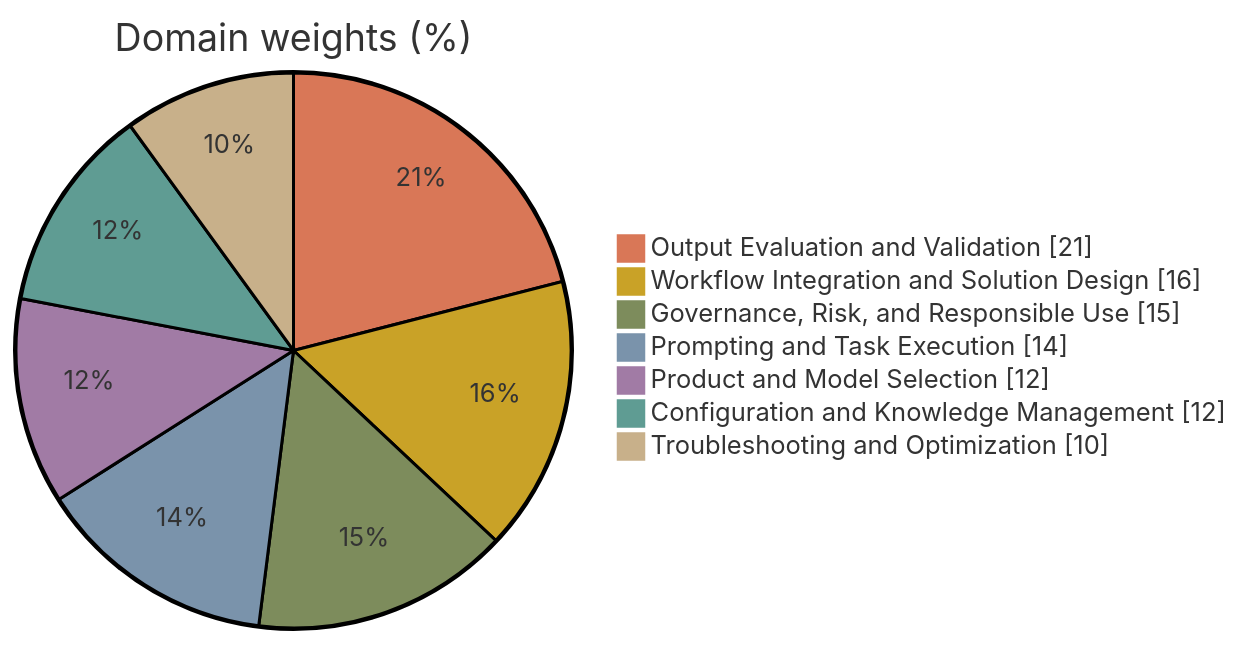
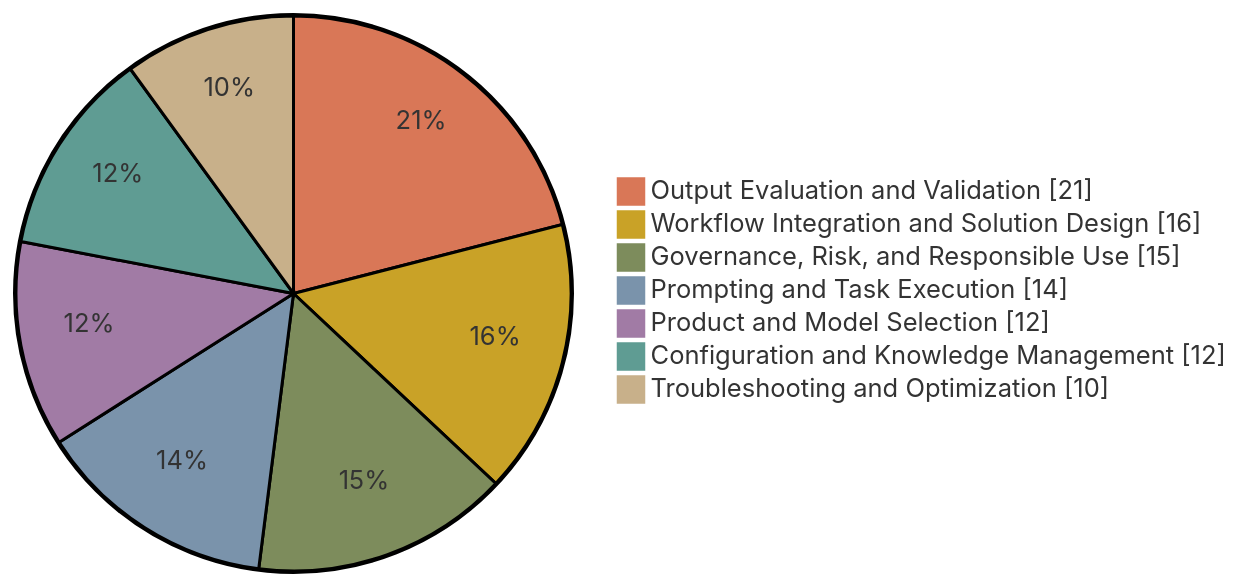
The diagram in associate-foundations/README.md (Amey-Thakur/CLAUDE-CERTIFICATIONS), drawn with Mermaid before and after one commit. The commit also changed 3 other files, not shown here.

````diff
--- a/associate-foundations/README.md
+++ b/associate-foundations/README.md
@@ -50,12 +50,11 @@
 ```mermaid
 %%{init: {"theme": "base", "themeVariables": {"pie1": "#d97757", "pie2": "#c9a227", "pie3": "#7d8c5c", "pie4": "#7a93ab", "pie5": "#a17ba5", "pie6": "#5f9c93", "pie7": "#c8b08a", "pie8": "#cfa18c", "pieOpacity": "1"}}}%%
 pie showData
-    title Domain weights (%)
     "Output Evaluation and Validation" : 21
     "Workflow Integration and Solution Design" : 16
     "Governance, Risk, and Responsible Use" : 15
     "Prompting and Task Execution" : 14
     "Product and Model Selection" : 12
     "Configuration and Knowledge Management" : 12
     "Troubleshooting and Optimization" : 10
 ```
````
